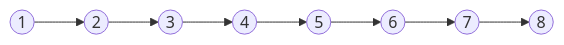
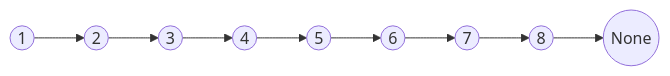
One commit to Zoooooone/Zoooooone.github.io changed the first of 2 diagrams in _posts/2024-04-05-Leetcode_143.md. Above: the diagram before and after it, drawn with Mermaid.

Commit message:
feat: update Leetcode 143

````diff
--- a/_posts/2024-04-05-Leetcode_143.md
+++ b/_posts/2024-04-05-Leetcode_143.md
@@ -118,4 +118,4 @@
 ```mermaid
 graph LR
-    1((1)) --> 2((2)) --> 3((3)) --> 4((4)) --> 5((5)) --> 6((6)) --> 7((7)) --> 8((8));
+    1((1)) --> 2((2)) --> 3((3)) --> 4((4)) --> 5((5)) --> 6((6)) --> 7((7)) --> 8((8)) --> None((None));
 ```
````
